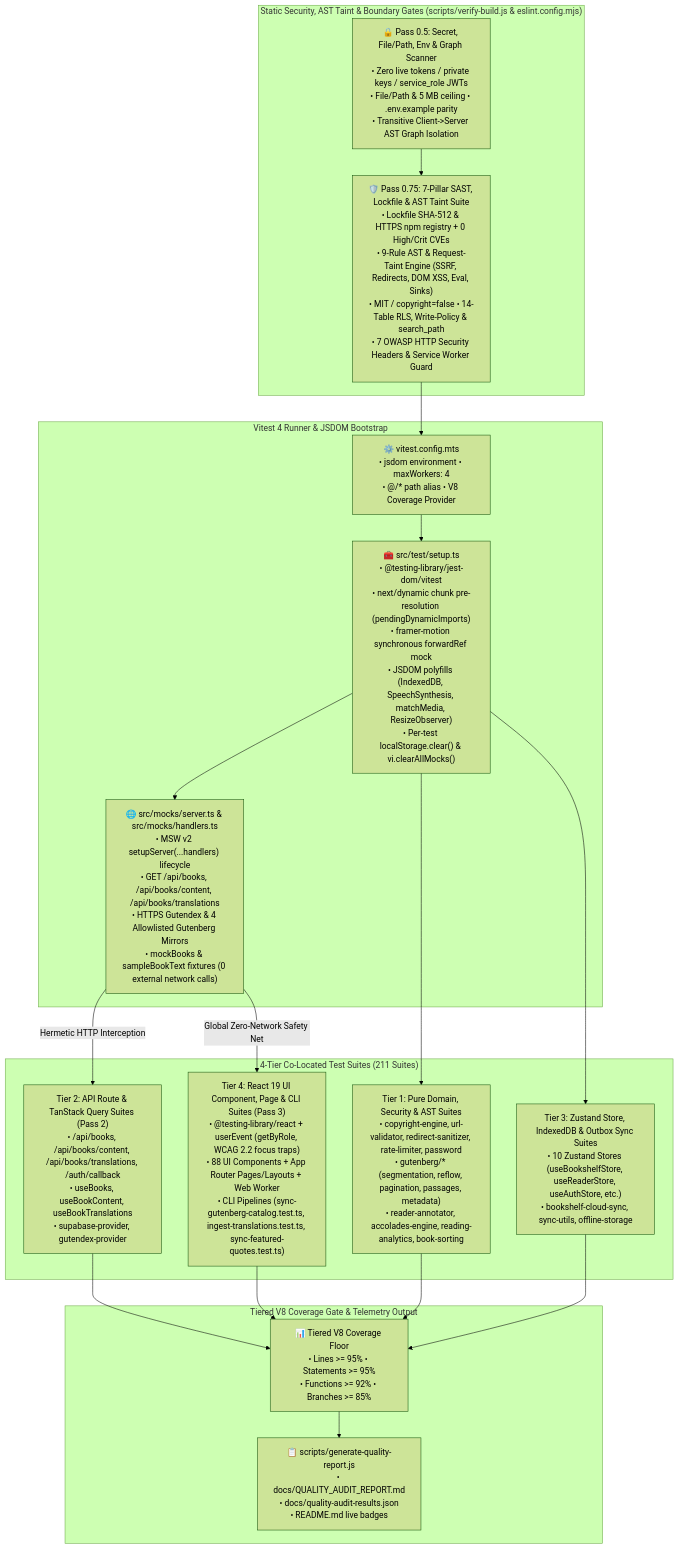
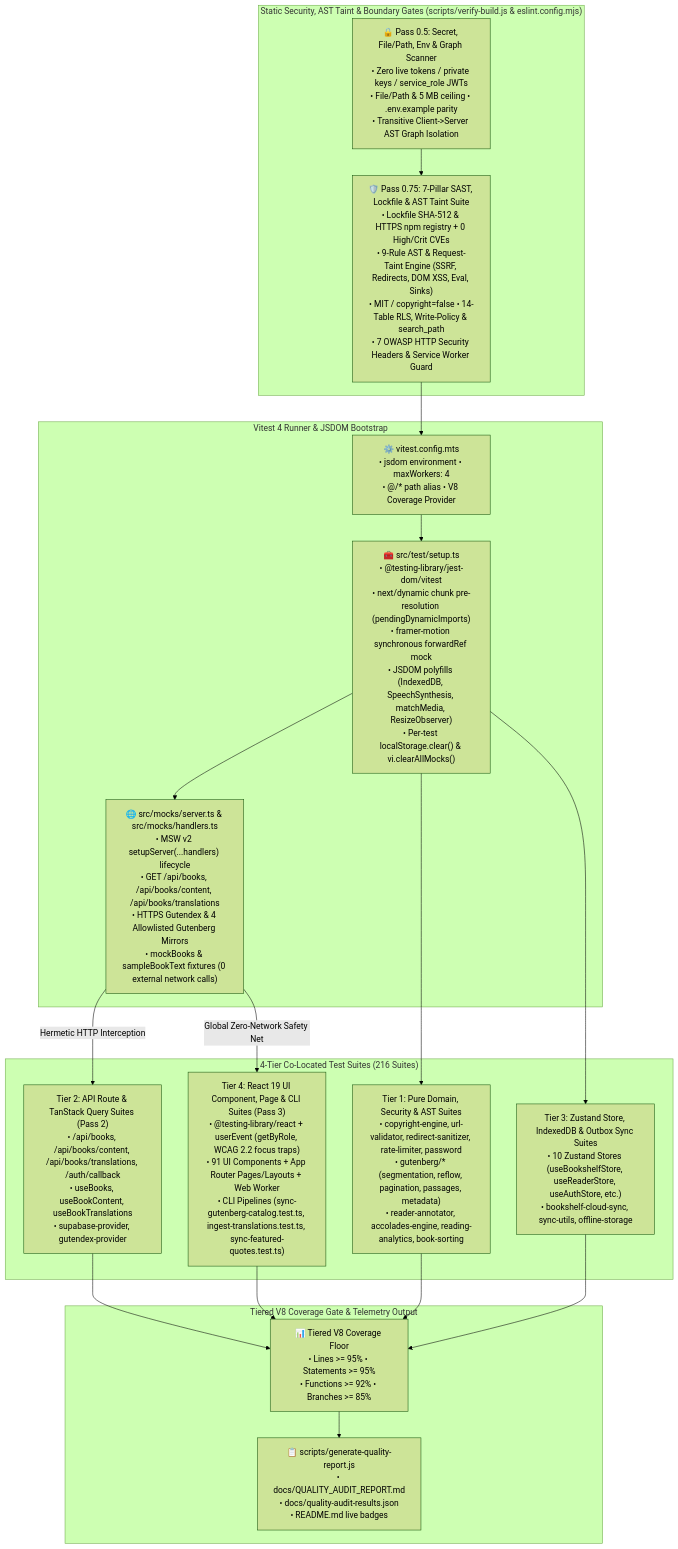
The ninth of 12 diagrams in docs/ARCHITECTURE.md (calin-m/Bookarium), drawn with Mermaid (forest theme) before and after one commit. The commit also changed other lines of this file and 59 other files, not shown here.

````diff
--- a/docs/ARCHITECTURE.md
+++ b/docs/ARCHITECTURE.md
@@ -1104,39 +1110,39 @@
 ```mermaid
 flowchart TD
     subgraph SecurityGates ["Static Security, AST Taint & Boundary Gates (scripts/verify-build.js & eslint.config.mjs)"]
         Pass05["🔒 Pass 0.5: Secret, File/Path, Env & Graph Scanner\n• Zero live tokens / private keys / service_role JWTs\n• File/Path & 5 MB ceiling • .env.example parity\n• Transitive Client->Server AST Graph Isolation"]
         Pass075["🛡️ Pass 0.75: 7-Pillar SAST, Lockfile & AST Taint Suite\n• Lockfile SHA-512 & HTTPS npm registry + 0 High/Crit CVEs\n• 9-Rule AST & Request-Taint Engine (SSRF, Redirects, DOM XSS, Eval, Sinks)\n• MIT / copyright=false • 14-Table RLS, Write-Policy & search_path\n• 7 OWASP HTTP Security Headers & Service Worker Guard"]
     end
 
     subgraph TestRunner ["Vitest 4 Runner & JSDOM Bootstrap"]
         VitestCfg["⚙️ vitest.config.mts\n• jsdom environment • maxWorkers: 4\n• @/* path alias • V8 Coverage Provider"]
         TestSetup["🧰 src/test/setup.ts\n• @testing-library/jest-dom/vitest\n• next/dynamic chunk pre-resolution (pendingDynamicImports)\n• framer-motion synchronous forwardRef mock\n• JSDOM polyfills (IndexedDB, SpeechSynthesis, matchMedia, ResizeObserver)\n• Per-test localStorage.clear() & vi.clearAllMocks()"]
         MSWServer["🌐 src/mocks/server.ts & src/mocks/handlers.ts\n• MSW v2 setupServer(...handlers) lifecycle\n• GET /api/books, /api/books/content, /api/books/translations\n• HTTPS Gutendex & 4 Allowlisted Gutenberg Mirrors\n• mockBooks & sampleBookText fixtures (0 external network calls)"]
     end
 
-    subgraph TestTiers ["4-Tier Co-Located Test Suites (211 Suites)"]
+    subgraph TestTiers ["4-Tier Co-Located Test Suites (216 Suites)"]
         Tier1["Tier 1: Pure Domain, Security & AST Suites\n• copyright-engine, url-validator, redirect-sanitizer, rate-limiter, password\n• gutenberg/* (segmentation, reflow, pagination, passages, metadata)\n• reader-annotator, accolades-engine, reading-analytics, book-sorting"]
         Tier2["Tier 2: API Route & TanStack Query Suites (Pass 2)\n• /api/books, /api/books/content, /api/books/translations, /auth/callback\n• useBooks, useBookContent, useBookTranslations\n• supabase-provider, gutendex-provider"]
         Tier3["Tier 3: Zustand Store, IndexedDB & Outbox Sync Suites\n• 10 Zustand Stores (useBookshelfStore, useReaderStore, useAuthStore, etc.)\n• bookshelf-cloud-sync, sync-utils, offline-storage"]
-        Tier4["Tier 4: React 19 UI Component, Page & CLI Suites (Pass 3)\n• @testing-library/react + userEvent (getByRole, WCAG 2.2 focus traps)\n• 88 UI Components + App Router Pages/Layouts + Web Worker\n• CLI Pipelines (sync-gutenberg-catalog.test.ts, ingest-translations.test.ts, sync-featured-quotes.test.ts)"]
+        Tier4["Tier 4: React 19 UI Component, Page & CLI Suites (Pass 3)\n• @testing-library/react + userEvent (getByRole, WCAG 2.2 focus traps)\n• 91 UI Components + App Router Pages/Layouts + Web Worker\n• CLI Pipelines (sync-gutenberg-catalog.test.ts, ingest-translations.test.ts, sync-featured-quotes.test.ts)"]
     end
 
     subgraph CoverageGate ["Tiered V8 Coverage Gate & Telemetry Output"]
         V8Thresholds["📊 Tiered V8 Coverage Floor\n• Lines >= 95% • Statements >= 95%\n• Functions >= 92% • Branches >= 85%"]
         QualityReport["📋 scripts/generate-quality-report.js\n• docs/QUALITY_AUDIT_REPORT.md\n• docs/quality-audit-results.json\n• README.md live badges"]
     end
 
     Pass05 --> Pass075
     Pass075 --> VitestCfg
     VitestCfg --> TestSetup
     TestSetup --> MSWServer
     TestSetup --> Tier1
     MSWServer -->|"Hermetic HTTP Interception"| Tier2
     TestSetup --> Tier3
     MSWServer -->|"Global Zero-Network Safety Net"| Tier4
     Tier1 --> V8Thresholds
     Tier2 --> V8Thresholds
     Tier3 --> V8Thresholds
     Tier4 --> V8Thresholds
     V8Thresholds --> QualityReport
 ```
````
